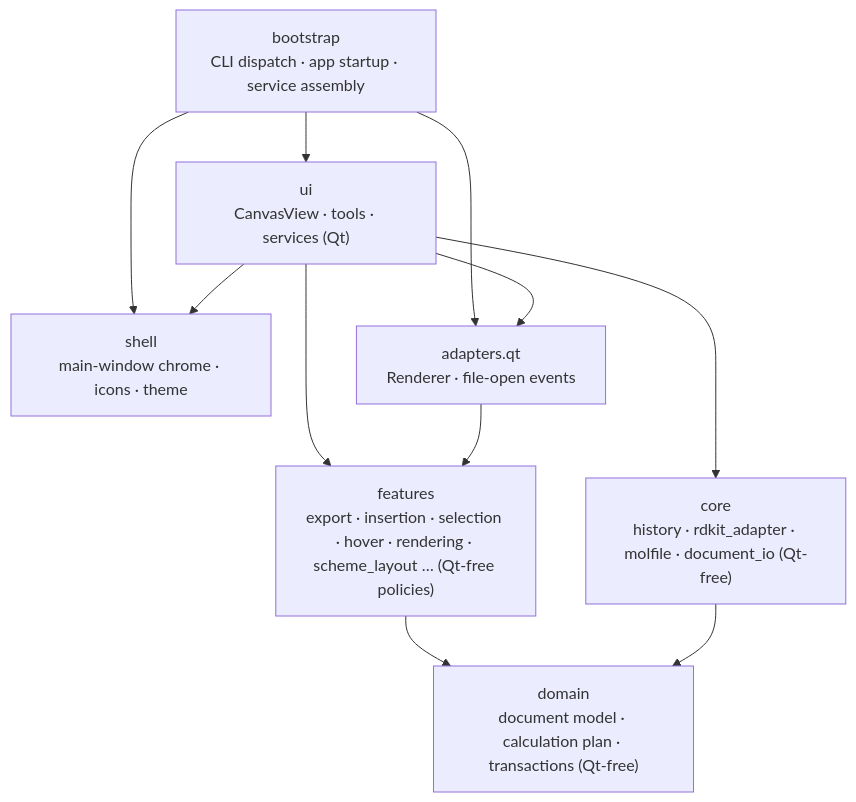
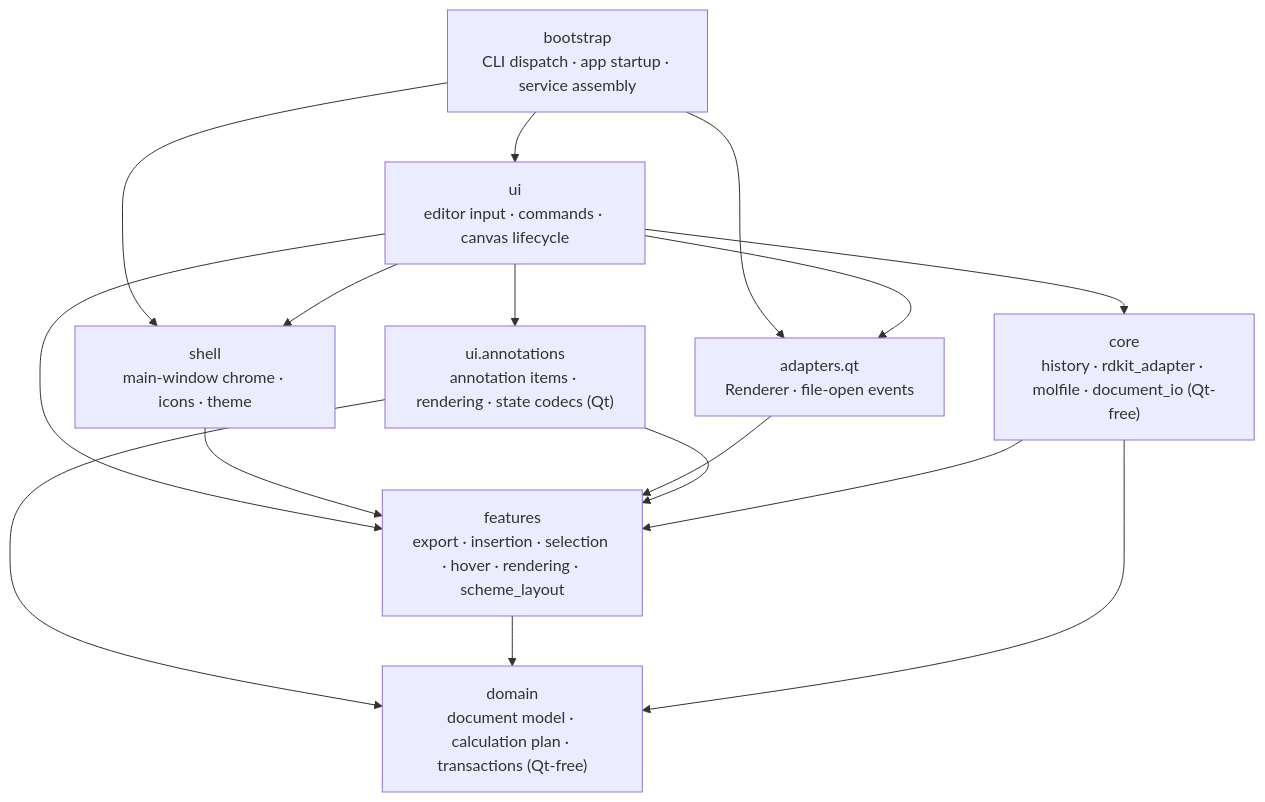
One commit to dhsohn/Chemvas changed the first of 4 diagrams in docs/ARCHITECTURE.md. Above: the diagram before and after it, drawn with Mermaid. The commit also changed other lines of this file and 289 other files, not shown here.

First line of the commit message:
Make document ownership independent of graphics (#461)

````diff
--- a/docs/ARCHITECTURE.md
+++ b/docs/ARCHITECTURE.md
@@ -9,20 +9,26 @@
 ```mermaid
 flowchart TB
     bootstrap["bootstrap<br/>CLI dispatch · app startup · service assembly"]
     shell["shell<br/>main-window chrome · icons · theme"]
-    ui["ui<br/>CanvasView · tools · services (Qt)"]
+    ui["ui<br/>editor input · commands · canvas lifecycle"]
+    annotations["ui.annotations<br/>annotation items · rendering · state codecs (Qt)"]
     adapters["adapters.qt<br/>Renderer · file-open events"]
-    features["features<br/>export · insertion · selection · hover · rendering · scheme_layout … (Qt-free policies)"]
+    features["features<br/>export · insertion · selection · hover · rendering · scheme_layout"]
     core["core<br/>history · rdkit_adapter · molfile · document_io (Qt-free)"]
     domain["domain<br/>document model · calculation plan · transactions (Qt-free)"]
     bootstrap --> ui
     bootstrap --> shell
     bootstrap --> adapters
     ui --> shell
     ui --> adapters
+    ui --> annotations
     ui --> features
     ui --> core
+    shell --> features
     adapters --> features
+    annotations --> domain
+    annotations --> features
     features --> domain
     core --> domain
+    core --> features
 ```
````
